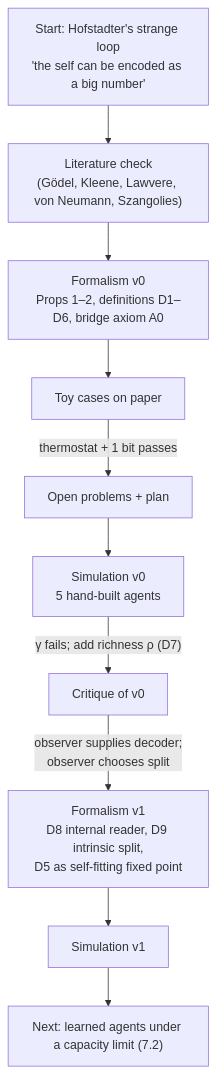
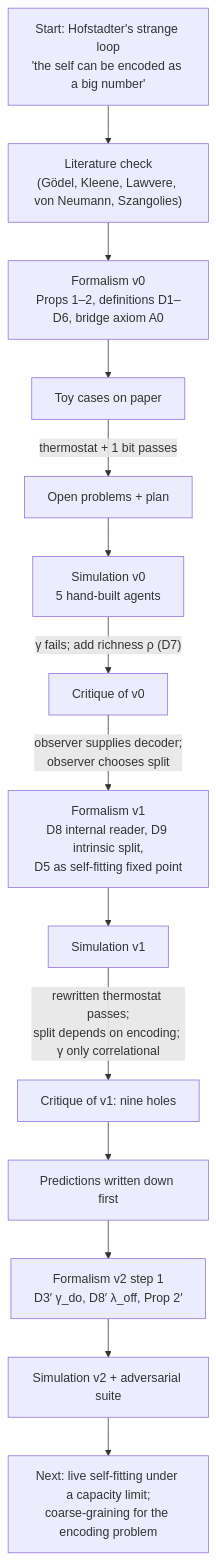
The second of 9 diagrams in REPORT.md (thomasms/strangeloop), drawn with Mermaid before and after one commit. The commit also changed other lines of this file, not shown here.

First line of the commit message:
Update report to version 2: critique of v1, formalism v2 step 1, simulation v2

````diff
--- a/REPORT.md
+++ b/REPORT.md
@@ -181,12 +202,16 @@
 ```mermaid
 flowchart TD
     S["Start: Hofstadter's strange loop<br/>'the self can be encoded as a big number'"] --> L["Literature check<br/>(Gödel, Kleene, Lawvere, von Neumann, Szangolies)"]
     L --> F0["Formalism v0<br/>Props 1–2, definitions D1–D6, bridge axiom A0"]
     F0 --> T0["Toy cases on paper"]
     T0 -->|"thermostat + 1 bit passes"| P["Open problems + plan"]
     P --> S0["Simulation v0<br/>5 hand-built agents"]
     S0 -->|"γ fails; add richness ρ (D7)"| C["Critique of v0"]
     C -->|"observer supplies decoder;<br/>observer chooses split"| F1["Formalism v1<br/>D8 internal reader, D9 intrinsic split,<br/>D5 as self-fitting fixed point"]
     F1 --> S1["Simulation v1"]
-    S1 --> N["Next: learned agents under a capacity limit (7.2)"]
+    S1 -->|"rewritten thermostat passes;<br/>split depends on encoding; γ only correlational"| C1["Critique of v1: nine holes"]
+    C1 --> PR["Predictions written down first"]
+    PR --> F2["Formalism v2 step 1<br/>D3′ γ_do, D8′ λ_off, Prop 2′"]
+    F2 --> S2["Simulation v2 + adversarial suite"]
+    S2 --> N["Next: live self-fitting under a capacity limit;<br/>coarse-graining for the encoding problem"]
 ```
````
